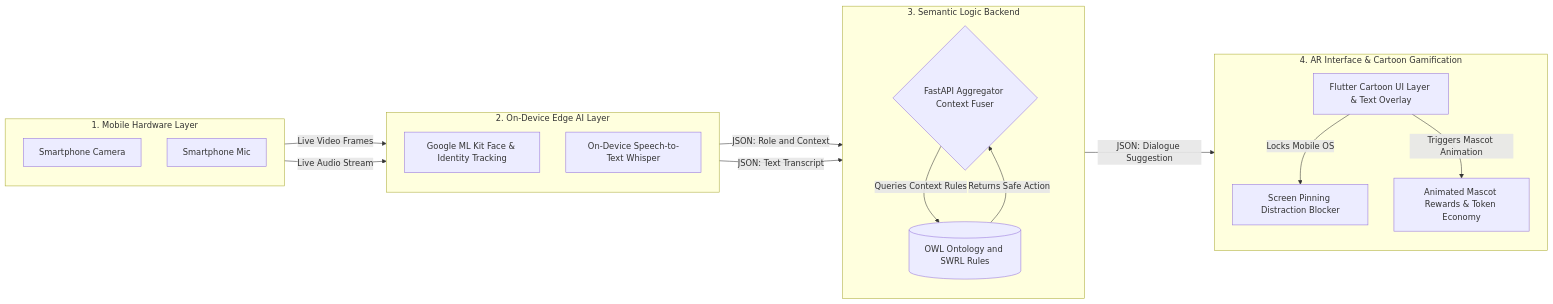
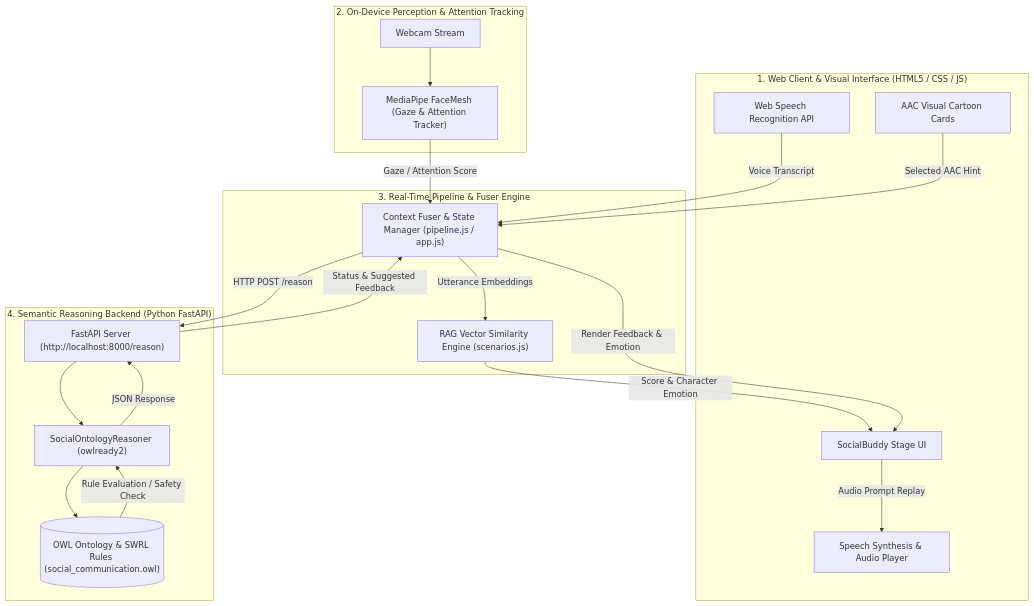
The diagram in README.md (SreelakshmiAsok/Dialogue-Assistant), drawn with Mermaid before and after one commit. The commit also changed other lines of this file, not shown here.

Commit message:
docs: update README.md with current architecture, features, and setup guide

````diff
--- a/README.md
+++ b/README.md
@@ -27,41 +33,42 @@
 ```mermaid
-flowchart LR
-    subgraph Hardware["1. Mobile Hardware Layer"]
-        direction TB
-        Cam[Smartphone Camera]
-        Mic[Smartphone Mic]
+flowchart TD
+    subgraph Client["1. Web Client & Visual Interface (HTML5 / CSS / JS)"]
+        UI["SocialBuddy Stage UI"]
+        AAC["AAC Visual Cartoon Cards"]
+        TTS["Speech Synthesis & Audio Player"]
+        STT["Web Speech Recognition API"]
     end
 
-    subgraph EdgeAI["2. On-Device Edge AI Layer"]
-        direction TB
-        MLKit[Google ML Kit Face & Identity Tracking]
-        Whisper[On-Device Speech-to-Text Whisper]
+    subgraph Perception["2. On-Device Perception & Attention Tracking"]
+        Cam["Webcam Stream"]
+        FaceMesh["MediaPipe FaceMesh (Gaze & Attention Tracker)"]
     end
 
-    subgraph Logic["3. Semantic Logic Backend"]
-        direction TB
-        FastAPI{FastAPI Aggregator Context Fuser}
-        OWL[(OWL Ontology and SWRL Rules)]
+    subgraph Pipeline["3. Real-Time Pipeline & Fuser Engine"]
+        Fuser["Context Fuser & State Manager (pipeline.js / app.js)"]
+        RAG["RAG Vector Similarity Engine (scenarios.js)"]
     end
 
-    subgraph UI["4. AR Interface & Cartoon Gamification"]
-        direction TB
-        Flutter[Flutter Cartoon UI Layer & Text Overlay]
-        Distraction[Screen Pinning Distraction Blocker]
-        Mascot[Animated Mascot Rewards & Token Economy]
+    subgraph Backend["4. Semantic Reasoning Backend (Python FastAPI)"]
+        API["FastAPI Server (http://localhost:8000/reason)"]
+        Reasoner["SocialOntologyReasoner (owlready2)"]
+        OWL[("OWL Ontology & SWRL Rules (social_communication.owl)")]
     end
 
-    Cam -- "Live Video Frames" --> MLKit
-    Mic -- "Live Audio Stream" --> Whisper
-    
-    MLKit -- "JSON: Role and Context" --> FastAPI
-    Whisper -- "JSON: Text Transcript" --> FastAPI
-    
-    FastAPI -- "Queries Context Rules" --> OWL
-    OWL -- "Returns Safe Action" --> FastAPI
-    
-    FastAPI -- "JSON: Dialogue Suggestion" --> Flutter
-    
-    Flutter -- "Locks Mobile OS" --> Distraction
-    Flutter -- "Triggers Mascot Animation" --> Mascot
+    Cam --> FaceMesh
+    FaceMesh -- "Gaze / Attention Score" --> Fuser
+    STT -- "Voice Transcript" --> Fuser
+    AAC -- "Selected AAC Hint" --> Fuser
+
+    Fuser -- "HTTP POST /reason" --> API
+    API --> Reasoner
+    Reasoner --> OWL
+    OWL -- "Rule Evaluation / Safety Check" --> Reasoner
+    Reasoner -- "JSON Response" --> API
+    API -- "Status & Suggested Feedback" --> Fuser
+
+    Fuser -- "Utterance Embeddings" --> RAG
+    RAG -- "Score & Character Emotion" --> UI
+    Fuser -- "Render Feedback & Emotion" --> UI
+    UI -- "Audio Prompt Replay" --> TTS
 ```
````
